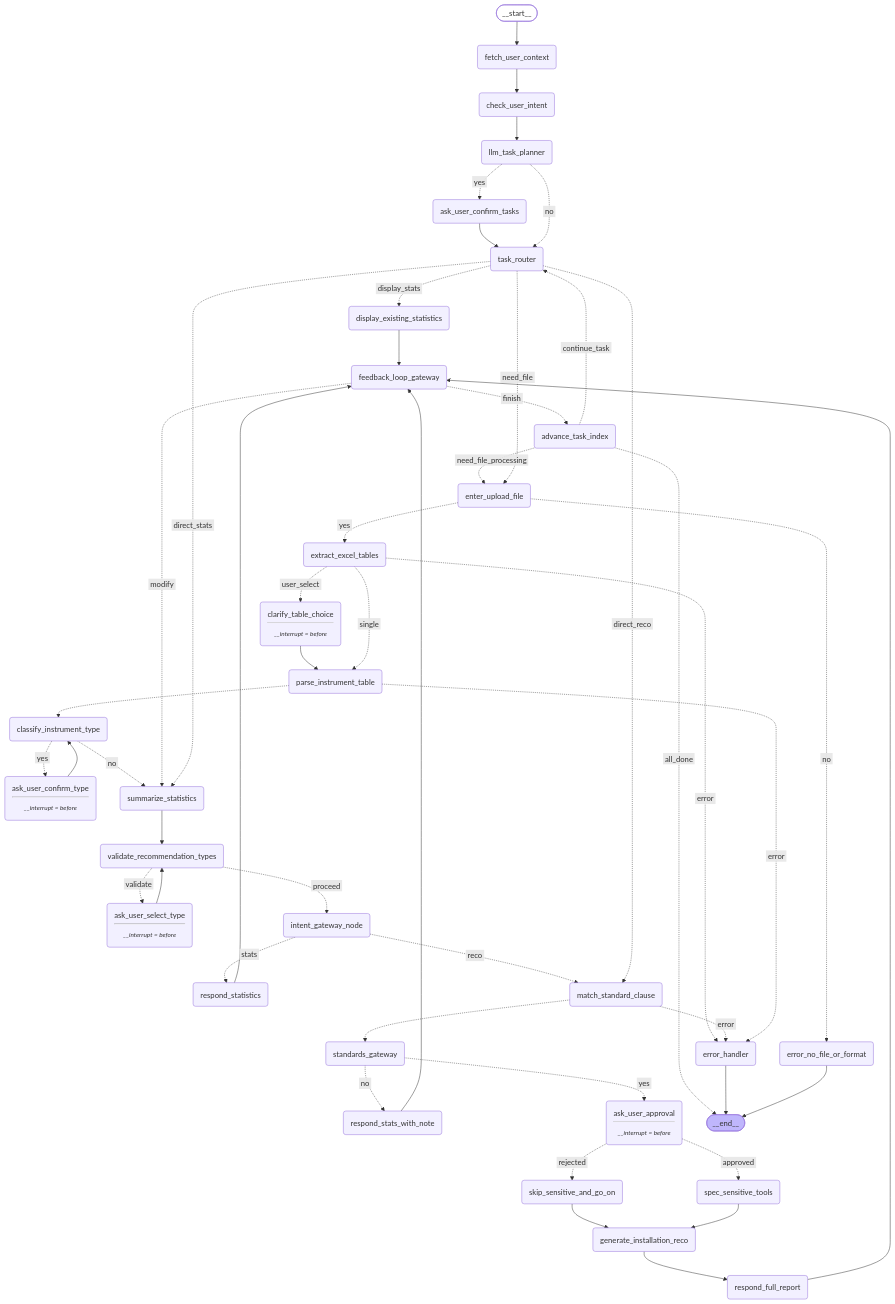
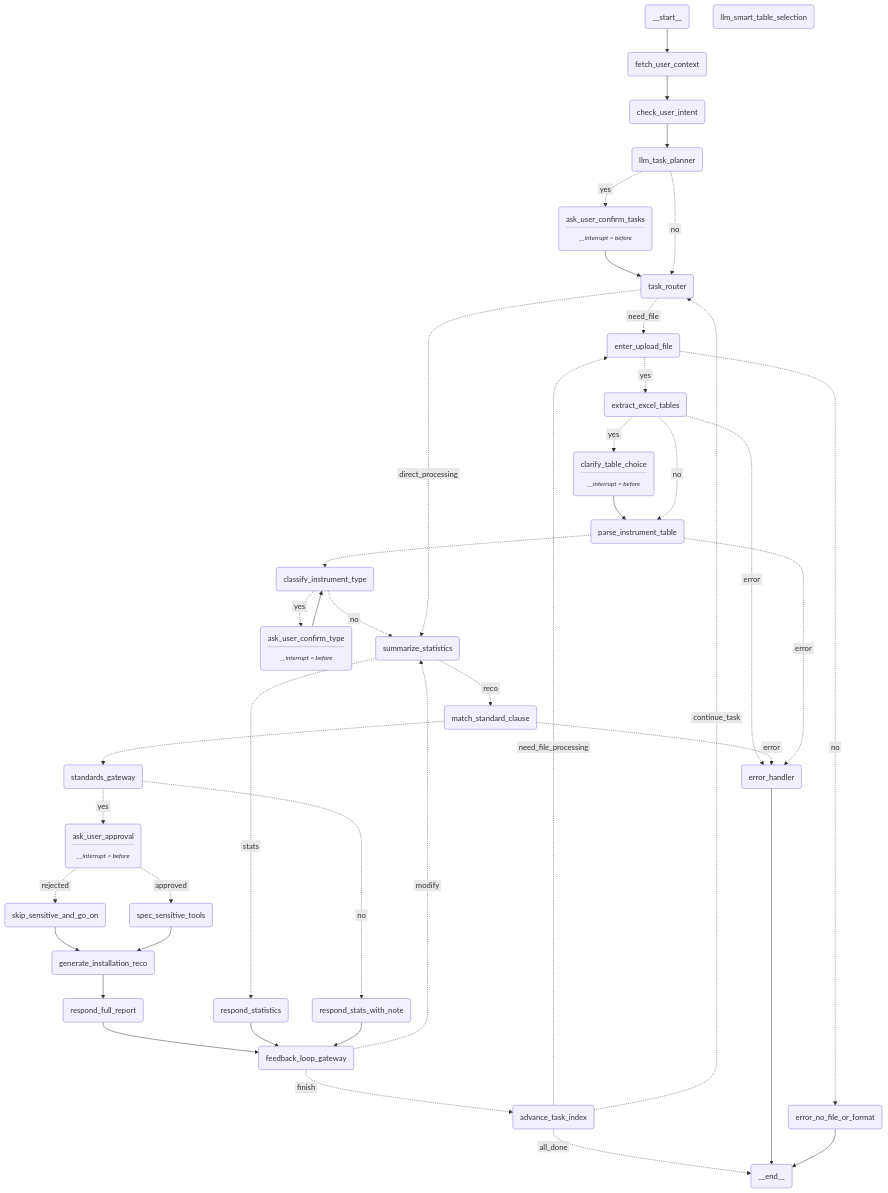
Before and after one commit to tlxx22/my-agent-project: the diagram in README.md, drawn with Mermaid. The commit also changed 36 other files, not shown here.

````diff
--- a/README.md
+++ b/README.md
@@ -111,23 +111,21 @@
 ```mermaid
 graph TD;
-	__start__([<p>__start__</p>]):::first
+	__start__(<p>__start__</p>)
 	fetch_user_context(fetch_user_context)
 	llm_task_planner(llm_task_planner)
-	ask_user_confirm_tasks(ask_user_confirm_tasks)
+	ask_user_confirm_tasks(ask_user_confirm_tasks<hr/><small><em>__interrupt = before</em></small>)
 	task_router(task_router)
 	enter_upload_file(enter_upload_file)
 	error_no_file_or_format(error_no_file_or_format)
 	extract_excel_tables(extract_excel_tables)
+	llm_smart_table_selection(llm_smart_table_selection)
 	clarify_table_choice(clarify_table_choice<hr/><small><em>__interrupt = before</em></small>)
 	parse_instrument_table(parse_instrument_table)
 	classify_instrument_type(classify_instrument_type)
 	ask_user_confirm_type(ask_user_confirm_type<hr/><small><em>__interrupt = before</em></small>)
 	summarize_statistics(summarize_statistics)
-	validate_recommendation_types(validate_recommendation_types)
-	ask_user_select_type(ask_user_select_type<hr/><small><em>__interrupt = before</em></small>)
 	check_user_intent(check_user_intent)
 	respond_statistics(respond_statistics)
-	display_existing_statistics(display_existing_statistics)
 	match_standard_clause(match_standard_clause)
 	standards_gateway(standards_gateway)
 	respond_stats_with_note(respond_stats_with_note)
@@ -139,8 +137,7 @@
 	feedback_loop_gateway(feedback_loop_gateway)
 	advance_task_index(advance_task_index)
 	error_handler(error_handler)
-	intent_gateway_node(intent_gateway_node)
-	__end__([<p>__end__</p>]):::last
+	__end__(<p>__end__</p>)
 	__start__ --> fetch_user_context;
 	advance_task_index -. &nbsp;all_done&nbsp; .-> __end__;
 	advance_task_index -. &nbsp;need_file_processing&nbsp; .-> enter_upload_file;
@@ -149,23 +146,19 @@
 	ask_user_approval -. &nbsp;approved&nbsp; .-> spec_sensitive_tools;
 	ask_user_confirm_tasks --> task_router;
 	ask_user_confirm_type --> classify_instrument_type;
-	ask_user_select_type --> validate_recommendation_types;
 	check_user_intent --> llm_task_planner;
 	clarify_table_choice --> parse_instrument_table;
 	classify_instrument_type -. &nbsp;yes&nbsp; .-> ask_user_confirm_type;
 	classify_instrument_type -. &nbsp;no&nbsp; .-> summarize_statistics;
-	display_existing_statistics --> feedback_loop_gateway;
 	enter_upload_file -. &nbsp;no&nbsp; .-> error_no_file_or_format;
 	enter_upload_file -. &nbsp;yes&nbsp; .-> extract_excel_tables;
-	extract_excel_tables -. &nbsp;user_select&nbsp; .-> clarify_table_choice;
+	extract_excel_tables -. &nbsp;yes&nbsp; .-> clarify_table_choice;
 	extract_excel_tables -. &nbsp;error&nbsp; .-> error_handler;
-	extract_excel_tables -. &nbsp;single&nbsp; .-> parse_instrument_table;
+	extract_excel_tables -. &nbsp;no&nbsp; .-> parse_instrument_table;
 	feedback_loop_gateway -. &nbsp;finish&nbsp; .-> advance_task_index;
 	feedback_loop_gateway -. &nbsp;modify&nbsp; .-> summarize_statistics;
 	fetch_user_context --> check_user_intent;
 	generate_installation_reco --> respond_full_report;
-	intent_gateway_node -. &nbsp;reco&nbsp; .-> match_standard_clause;
-	intent_gateway_node -. &nbsp;stats&nbsp; .-> respond_statistics;
 	llm_task_planner -. &nbsp;yes&nbsp; .-> ask_user_confirm_tasks;
 	llm_task_planner -. &nbsp;no&nbsp; .-> task_router;
 	match_standard_clause -. &nbsp;error&nbsp; .-> error_handler;
@@ -179,17 +172,15 @@
 	spec_sensitive_tools --> generate_installation_reco;
 	standards_gateway -. &nbsp;yes&nbsp; .-> ask_user_approval;
 	standards_gateway -. &nbsp;no&nbsp; .-> respond_stats_with_note;
-	summarize_statistics --> validate_recommendation_types;
-	task_router -. &nbsp;display_stats&nbsp; .-> display_existing_statistics;
+	summarize_statistics -. &nbsp;reco&nbsp; .-> match_standard_clause;
+	summarize_statistics -. &nbsp;stats&nbsp; .-> respond_statistics;
 	task_router -. &nbsp;need_file&nbsp; .-> enter_upload_file;
-	task_router -. &nbsp;direct_reco&nbsp; .-> match_standard_clause;
-	task_router -. &nbsp;direct_stats&nbsp; .-> summarize_statistics;
-	validate_recommendation_types -. &nbsp;validate&nbsp; .-> ask_user_select_type;
-	validate_recommendation_types -. &nbsp;proceed&nbsp; .-> intent_gateway_node;
+	task_router -. &nbsp;direct_processing&nbsp; .-> summarize_statistics;
 	error_handler --> __end__;
 	error_no_file_or_format --> __end__;
 	classDef default fill:#f2f0ff,line-height:1.2
 	classDef first fill-opacity:0
 	classDef last fill:#bfb6fc
 
+
 ```
````
